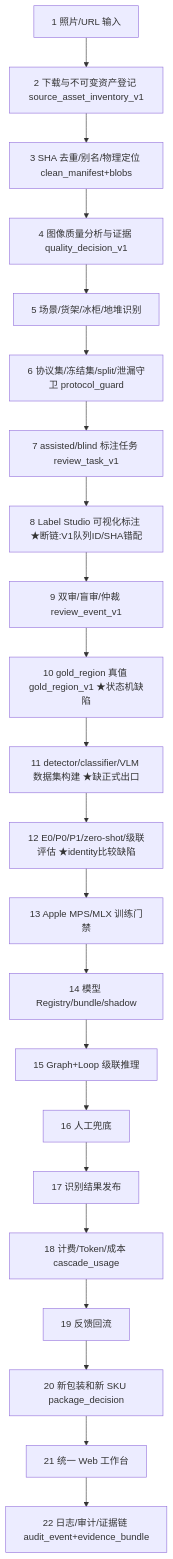
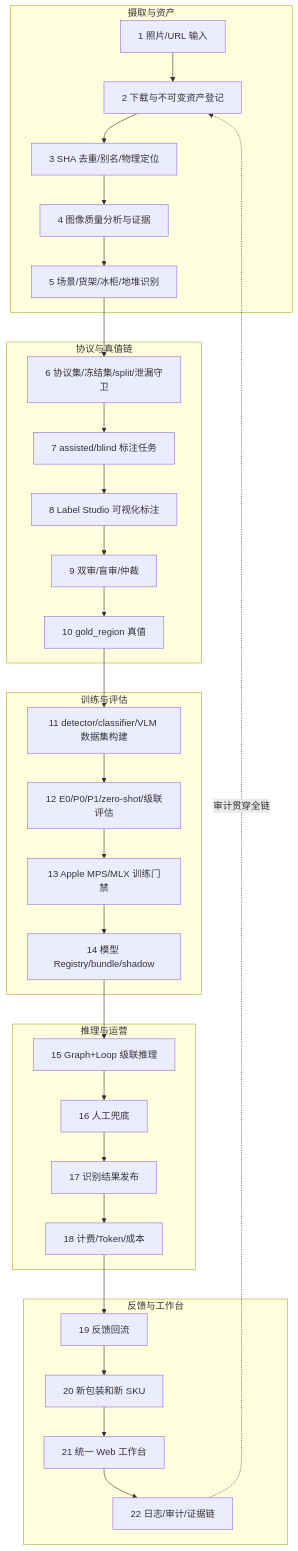
The diagram in docs/implementation/project-logic-chain-v3/CURRENT-LOGIC-CHAIN.md (Billjobszwq/QY_FMCG_image), drawn with Mermaid before and after one commit. The commit also changed other lines of this file and 3 other files, not shown here.

````diff
--- a/docs/implementation/project-logic-chain-v3/CURRENT-LOGIC-CHAIN.md
+++ b/docs/implementation/project-logic-chain-v3/CURRENT-LOGIC-CHAIN.md
@@ -18,24 +28,35 @@
 ```mermaid
-flowchart TD
-  A[1 照片/URL 输入] --> B[2 下载与不可变资产登记 source_asset_inventory_v1]
-  B --> C[3 SHA 去重/别名/物理定位 clean_manifest+blobs]
-  C --> D[4 图像质量分析与证据 quality_decision_v1]
-  D --> E[5 场景/货架/冰柜/地堆识别]
-  E --> F[6 协议集/冻结集/split/泄漏守卫 protocol_guard]
-  F --> G[7 assisted/blind 标注任务 review_task_v1]
-  G --> H[8 Label Studio 可视化标注 ★断链:V1队列ID/SHA错配]
-  H --> I[9 双审/盲审/仲裁 review_event_v1]
-  I --> J[10 gold_region 真值 gold_region_v1 ★状态机缺陷]
-  J --> K[11 detector/classifier/VLM 数据集构建 ★缺正式出口]
-  K --> L[12 E0/P0/P1/zero-shot/级联评估 ★identity比较缺陷]
-  L --> M[13 Apple MPS/MLX 训练门禁]
-  M --> N[14 模型 Registry/bundle/shadow]
-  N --> O[15 Graph+Loop 级联推理]
-  O --> P[16 人工兜底]
-  P --> Q[17 识别结果发布]
-  Q --> R[18 计费/Token/成本 cascade_usage]
-  R --> S[19 反馈回流]
-  S --> T[20 新包装和新 SKU package_decision]
-  T --> U[21 统一 Web 工作台]
-  U --> V[22 日志/审计/证据链 audit_event+evidence_bundle]
+flowchart TB
+  subgraph S1[摄取与资产]
+    L1[1 照片/URL 输入] --> L2[2 下载与不可变资产登记]
+    L2 --> L3[3 SHA 去重/别名/物理定位]
+    L3 --> L4[4 图像质量分析与证据]
+    L4 --> L5[5 场景/货架/冰柜/地堆识别]
+  end
+  subgraph S2[协议与真值链]
+    L5 --> L6[6 协议集/冻结集/split/泄漏守卫]
+    L6 --> L7[7 assisted/blind 标注任务]
+    L7 --> L8[8 Label Studio 可视化标注]
+    L8 --> L9[9 双审/盲审/仲裁]
+    L9 --> L10[10 gold_region 真值]
+  end
+  subgraph S3[训练与评估]
+    L10 --> L11[11 detector/classifier/VLM 数据集构建]
+    L11 --> L12[12 E0/P0/P1/zero-shot/级联评估]
+    L12 --> L13[13 Apple MPS/MLX 训练门禁]
+    L13 --> L14[14 模型 Registry/bundle/shadow]
+  end
+  subgraph S4[推理与运营]
+    L14 --> L15[15 Graph+Loop 级联推理]
+    L15 --> L16[16 人工兜底]
+    L16 --> L17[17 识别结果发布]
+    L17 --> L18[18 计费/Token/成本]
+  end
+  subgraph S5[反馈与工作台]
+    L18 --> L19[19 反馈回流]
+    L19 --> L20[20 新包装和新 SKU]
+    L20 --> L21[21 统一 Web 工作台]
+    L21 --> L22[22 日志/审计/证据链]
+  end
+  L22 -.审计贯穿全链.-> L2
 ```
````
